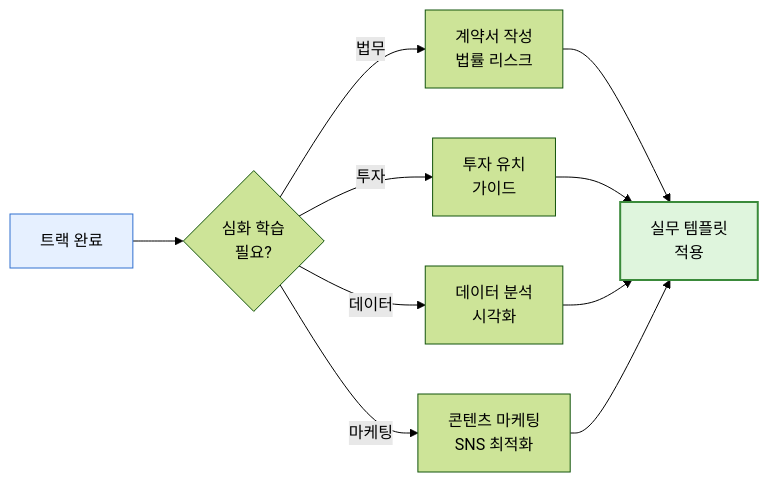
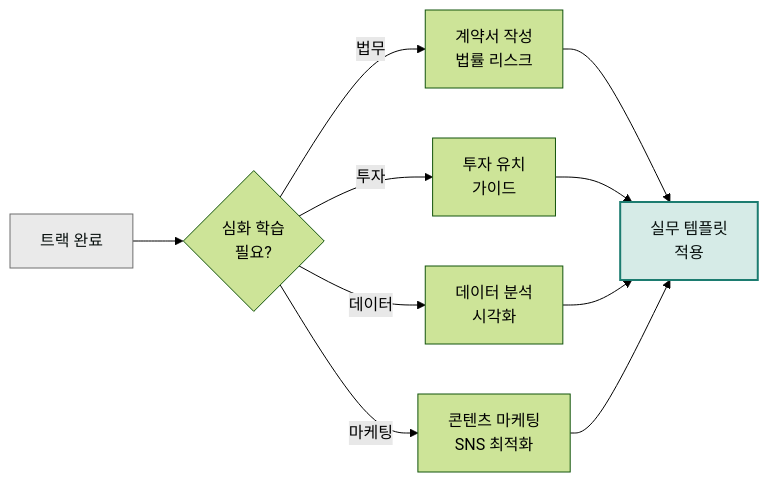
The diagram in content/cookbook/guides/_index.md (modu-ai/claude), drawn with Mermaid (forest theme) before and after one commit. The commit also changed 97 other files, not shown here.

First line of the commit message:
style(docs-site): mermaid 색상 브랜드 정합 + 라이트 테마 단일화

````diff
--- a/content/cookbook/guides/_index.md
+++ b/content/cookbook/guides/_index.md
@@ -10,15 +10,15 @@
 ```mermaid
 flowchart LR
     A["트랙 완료"] --> B{"심화 학습<br/>필요?"}
     B -- 법무 --> C["계약서 작성<br/>법률 리스크"]
     B -- 투자 --> D["투자 유치<br/>가이드"]
     B -- 데이터 --> E["데이터 분석<br/>시각화"]
     B -- 마케팅 --> F["콘텐츠 마케팅<br/>SNS 최적화"]
     C --> G["실무 템플릿<br/>적용"]
     D --> G
     E --> G
     F --> G
 
-    style A fill:#e6f0ff,stroke:#3070d0
-    style G fill:#dff5dd,stroke:#3a8a3a,stroke-width:2px
+    style A fill:#eaeaea,stroke:#6e6e6e,color:#09110f
+    style G fill:#d6ebe7,stroke:#1c7c70,stroke-width:2px,color:#09110f
 ```
````
